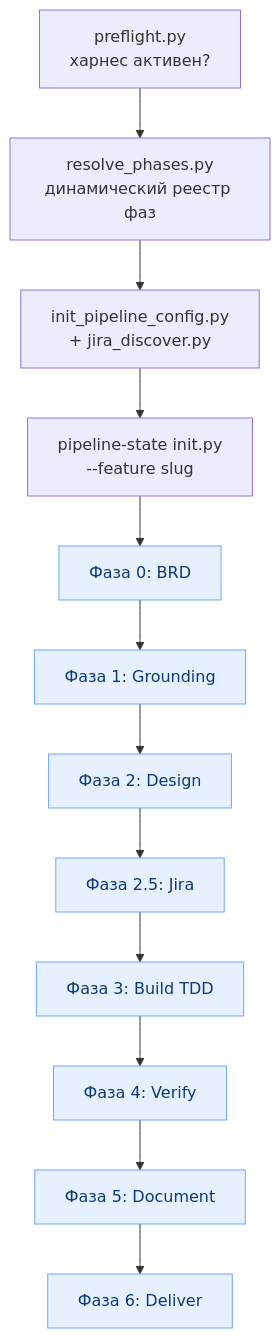
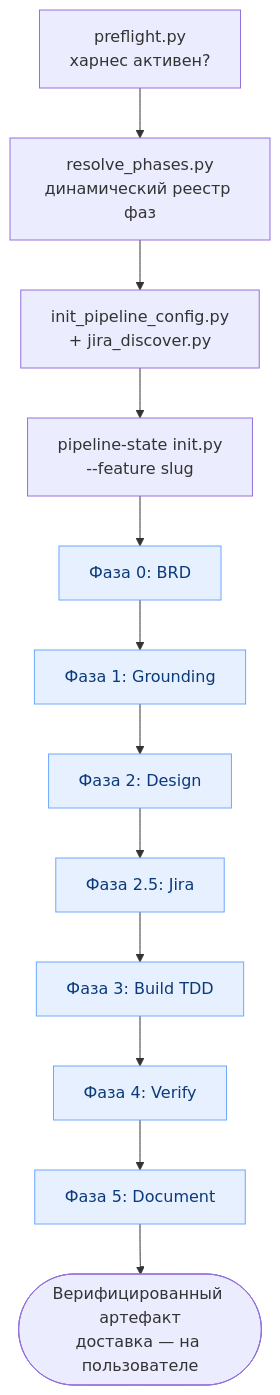
One commit to i-gabdrahmanov/skills changed the first of 3 diagrams in forge/docs/pipeline-technical.md. Above: the diagram before and after it, drawn with Mermaid. The commit also changed other lines of this file and 11 other files, not shown here.

````diff
--- a/forge/docs/pipeline-technical.md
+++ b/forge/docs/pipeline-technical.md
@@ -27,18 +30,18 @@
 ```mermaid
 flowchart TD
     PRE[preflight.py<br/>харнес активен?] --> RES[resolve_phases.py<br/>динамический реестр фаз]
     RES --> CFG[init_pipeline_config.py<br/>+ jira_discover.py]
     CFG --> ST[pipeline-state init.py<br/>--feature slug]
 
     ST --> P0[Фаза 0: BRD]
     P0 --> P1[Фаза 1: Grounding]
     P1 --> P2[Фаза 2: Design]
     P2 --> P25[Фаза 2.5: Jira]
     P25 --> P3[Фаза 3: Build TDD]
     P3 --> P4[Фаза 4: Verify]
     P4 --> P5[Фаза 5: Document]
-    P5 --> P6[Фаза 6: Deliver]
+    P5 --> END([Верифицированный артефакт<br/>доставка — на пользователе])
 
     classDef phase fill:#e6f0ff,stroke:#6ea8fe,color:#0b3a7a;
-    class P0,P1,P2,P25,P3,P4,P5,P6 phase;
+    class P0,P1,P2,P25,P3,P4,P5 phase;
 ```
````
